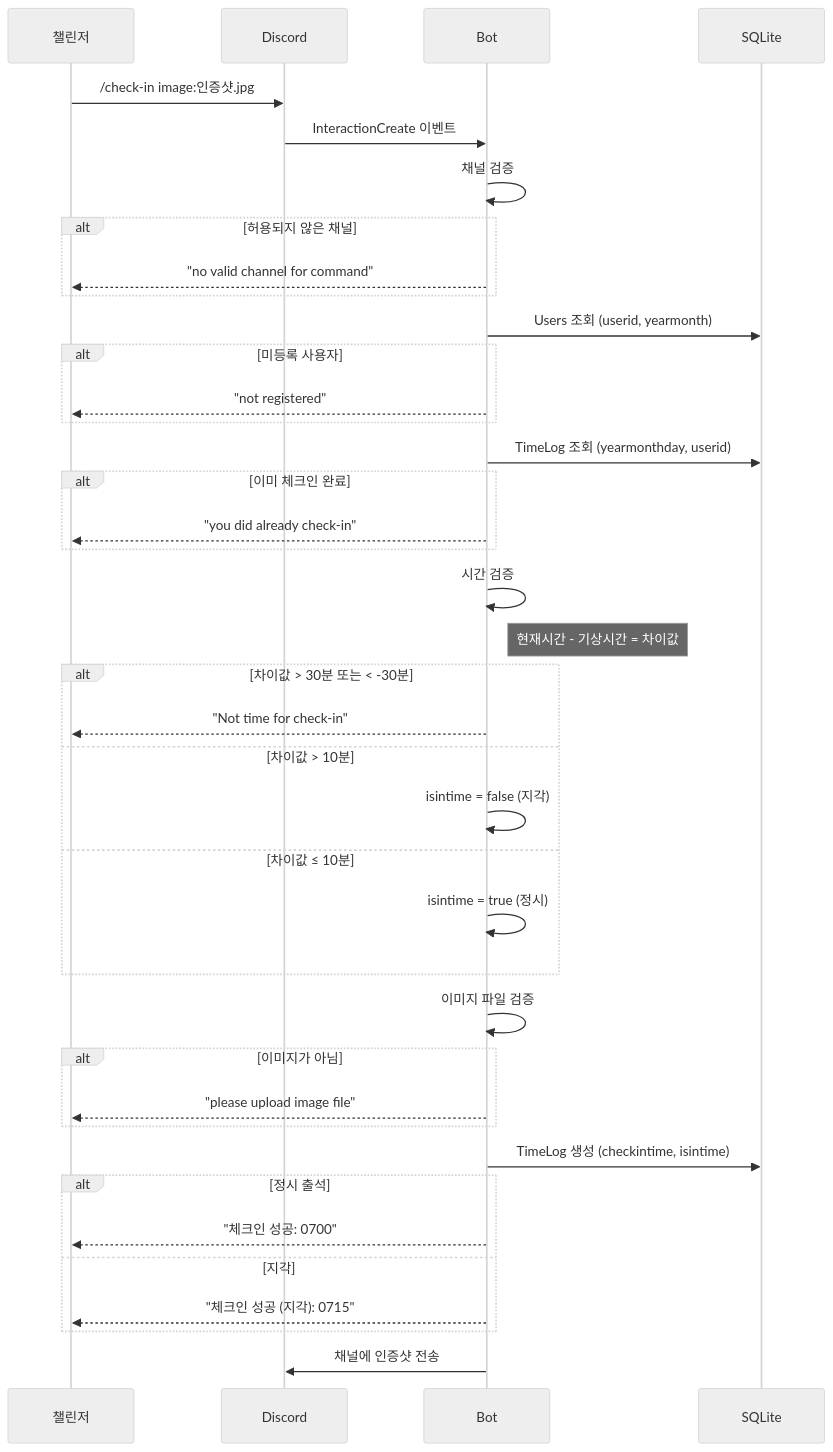
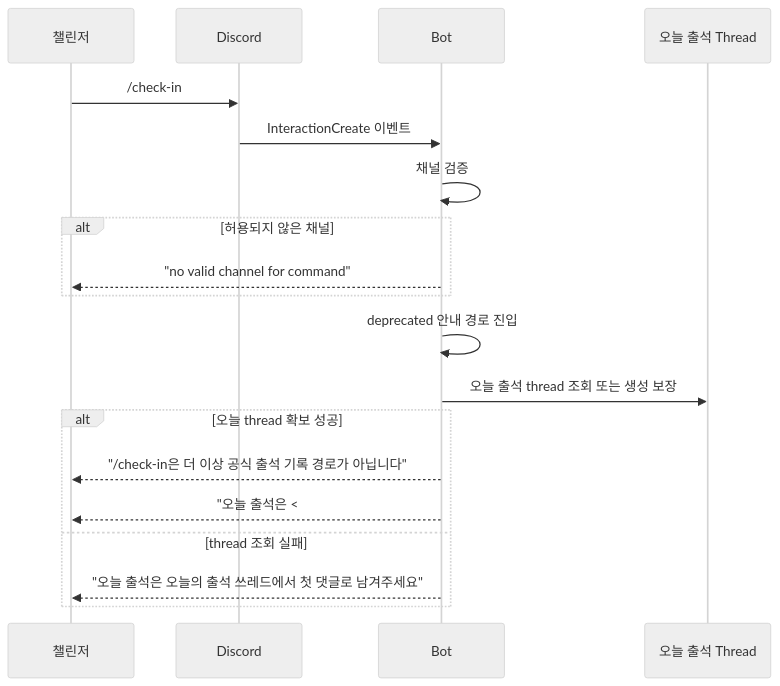
One commit to honki12345/haruharu-discord-bot changed the third of 12 diagrams in docs/USER_STORIES.md. Above: the diagram before and after it, drawn with Mermaid (neutral theme). The commit also changed other lines of this file and 9 other files, not shown here.

````diff
--- a/docs/USER_STORIES.md
+++ b/docs/USER_STORIES.md
@@ -102,51 +102,25 @@
 ```mermaid
 sequenceDiagram
     participant U as 챌린저
     participant D as Discord
     participant B as Bot
-    participant DB as SQLite
+    participant T as 오늘 출석 Thread
 
-    U->>D: /check-in image:인증샷.jpg
+    U->>D: /check-in
     D->>B: InteractionCreate 이벤트
 
     B->>B: 채널 검증
     alt 허용되지 않은 채널
         B-->>U: "no valid channel for command"
     end
 
-    B->>DB: Users 조회 (userid, yearmonth)
-    alt 미등록 사용자
-        B-->>U: "not registered"
+    B->>B: deprecated 안내 경로 진입
+    B->>T: 오늘 출석 thread 조회 또는 생성 보장
+
+    alt 오늘 thread 확보 성공
+        B-->>U: "/check-in은 더 이상 공식 출석 기록 경로가 아닙니다"
+        B-->>U: "오늘 출석은 <#thread>에서 첫 댓글로 남겨주세요"
+    else thread 조회 실패
+        B-->>U: "오늘 출석은 오늘의 출석 쓰레드에서 첫 댓글로 남겨주세요"
     end
-
-    B->>DB: TimeLog 조회 (yearmonthday, userid)
-    alt 이미 체크인 완료
-        B-->>U: "you did already check-in"
-    end
-
-    B->>B: 시간 검증
-    Note right of B: 현재시간 - 기상시간 = 차이값
-
-    alt 차이값 > 30분 또는 < -30분
-        B-->>U: "Not time for check-in"
-    else 차이값 > 10분
-        B->>B: isintime = false (지각)
-    else 차이값 ≤ 10분
-        B->>B: isintime = true (정시)
-    end
-
-    B->>B: 이미지 파일 검증
-    alt 이미지가 아님
-        B-->>U: "please upload image file"
-    end
-
-    B->>DB: TimeLog 생성 (checkintime, isintime)
-
-    alt 정시 출석
-        B-->>U: "체크인 성공: 0700"
-    else 지각
-        B-->>U: "체크인 성공 (지각): 0715"
-    end
-
-    B->>D: 채널에 인증샷 전송
 ```
````
